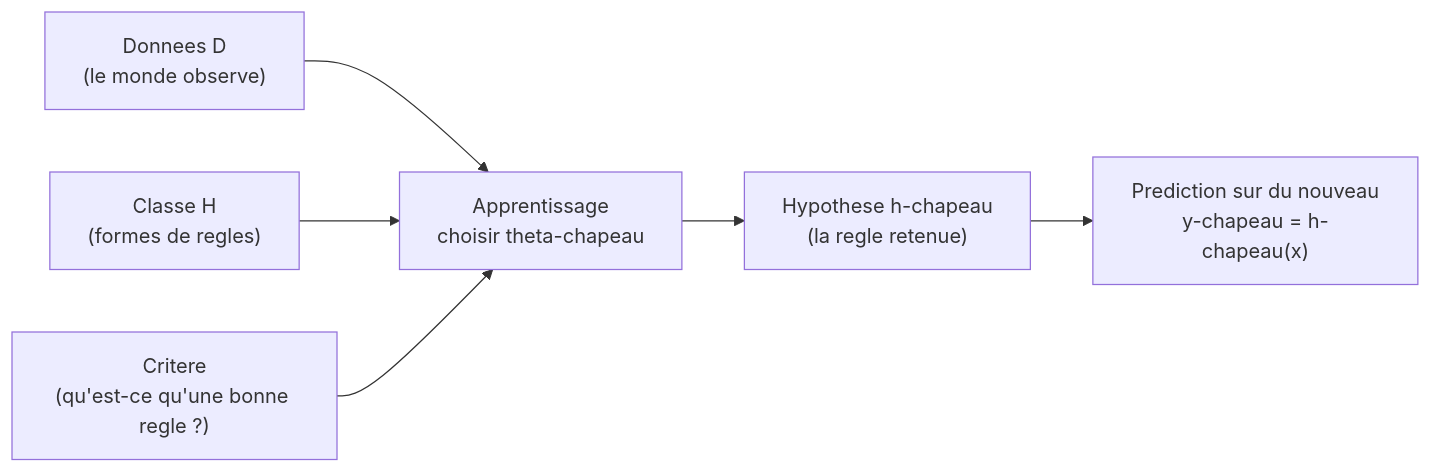
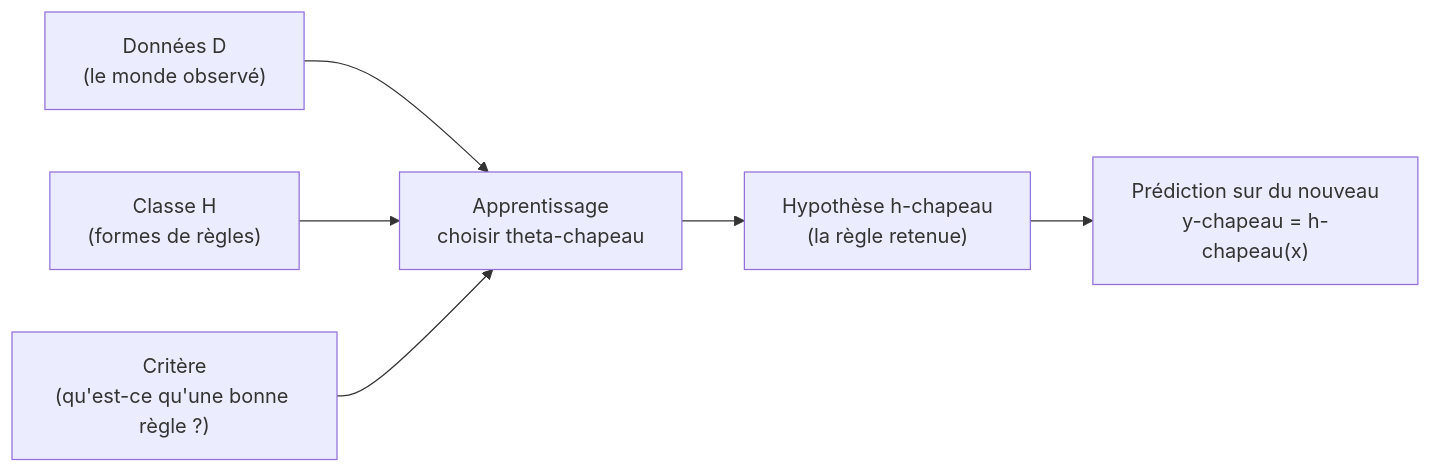
One commit to tanguychenier/Mathematiques-pour-le-Machine-Learning changed the first of 6 diagrams in chapitres/08-modeles-et-donnees.md. Above: the diagram before and after it, drawn with Mermaid. The commit also changed other lines of this file and 7 other files, not shown here.

````diff
--- a/chapitres/08-modeles-et-donnees.md
+++ b/chapitres/08-modeles-et-donnees.md
@@ -64,8 +64,8 @@
 ```mermaid
 flowchart LR
-    A["Donnees D<br/>(le monde observe)"] --> D["Apprentissage<br/>choisir theta-chapeau"]
-    B["Classe H<br/>(formes de regles)"] --> D
-    C["Critere<br/>(qu'est-ce qu'une bonne regle ?)"] --> D
-    D --> E["Hypothese h-chapeau<br/>(la regle retenue)"]
-    E --> F["Prediction sur du nouveau<br/>y-chapeau = h-chapeau(x)"]
+    A["Données D<br/>(le monde observé)"] --> D["Apprentissage<br/>choisir theta-chapeau"]
+    B["Classe H<br/>(formes de règles)"] --> D
+    C["Critère<br/>(qu'est-ce qu'une bonne règle ?)"] --> D
+    D --> E["Hypothèse h-chapeau<br/>(la règle retenue)"]
+    E --> F["Prédiction sur du nouveau<br/>y-chapeau = h-chapeau(x)"]
 ```
````
